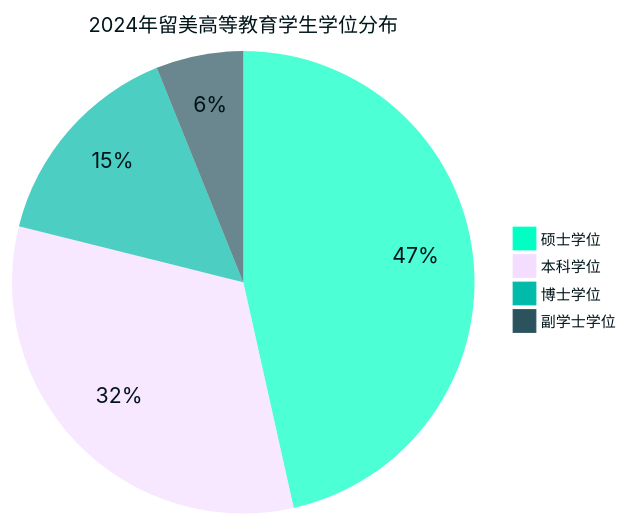
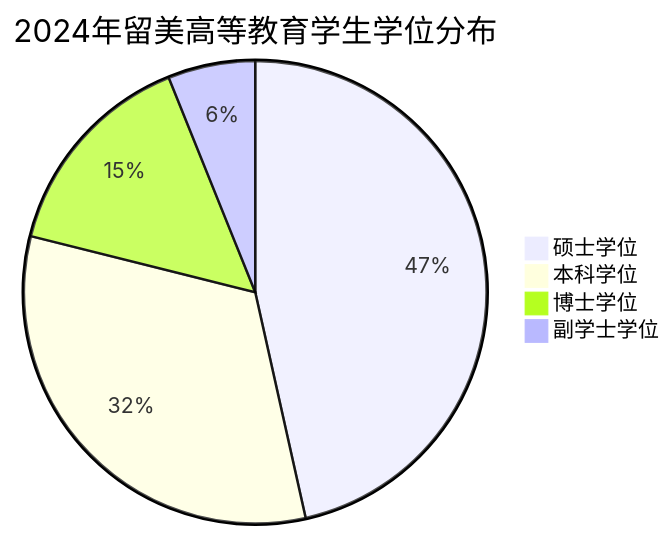
One commit to green-dalii/edugrow changed the second of 3 diagrams in src/content/blog/2025-sevis-report-insight.md. Above: the diagram before and after it, drawn with Mermaid. The commit also changed other lines of this file and 5 other files, not shown here.

Commit message:
修复Mermaid渲染bug

````diff
--- a/src/content/blog/2025-sevis-report-insight.md
+++ b/src/content/blog/2025-sevis-report-insight.md
@@ -122,23 +111,10 @@
 ```mermaid
 ---
 title: 2024年留美高等教育学生学位分布
-config:
-  theme: base
-  themeVariables:
-    pie1: "#00ffc3"
-    pie3: "#00baaa"
-    pie4: "#2b535e"
-    pie7: "#1e9659"
-    pieOuterStrokeWidth: 0px
-    pieStrokeWidth: 0px
-    pieTitleTextSize : 16px
-    pieLegendTextSize: 12px
-    textColor: "#00151a"
-    titleColor: "#00151a"
 ---
 pie
     "硕士学位" : 46.5
     "本科学位" : 32.4
     "博士学位" : 15.0
     "副学士学位" : 6.1
 ```
````
